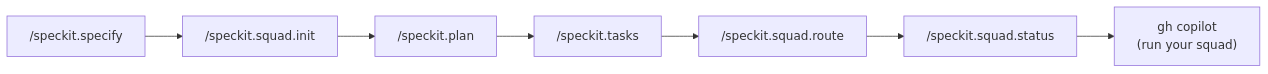
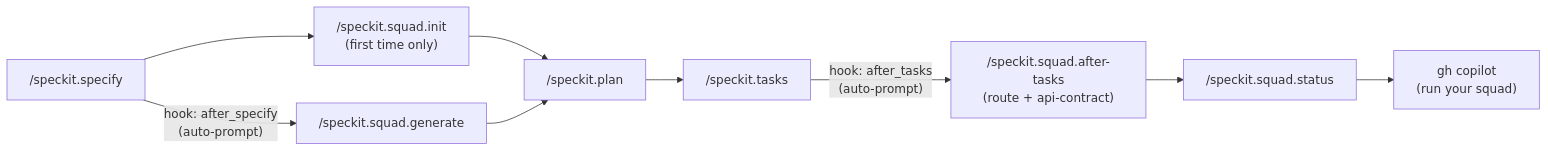
Before and after one commit to DouglasHennrich/spec-kit-squad: the second of 2 diagrams in README.md, drawn with Mermaid. The commit also changed other lines of this file and 28 other files, not shown here.

````diff
--- a/README.md
+++ b/README.md
@@ -153,9 +222,11 @@
 ```mermaid
 flowchart LR
-    A["/speckit.specify"] --> B["/speckit.squad.init"]
-    B --> C["/speckit.plan"]
+    A["/speckit.specify"] -->|"hook: after_specify\n(auto-prompt)"| B["/speckit.squad.generate"]
+    A --> A2["/speckit.squad.init\n(first time only)"]
+    A2 --> C["/speckit.plan"]
+    B --> C
     C --> D["/speckit.tasks"]
-    D --> E["/speckit.squad.route"]
+    D -->|"hook: after_tasks\n(auto-prompt)"| E["/speckit.squad.after-tasks\n(route + api-contract)"]
     E --> F["/speckit.squad.status"]
     F --> G["gh copilot\n(run your squad)"]
 ```
````
